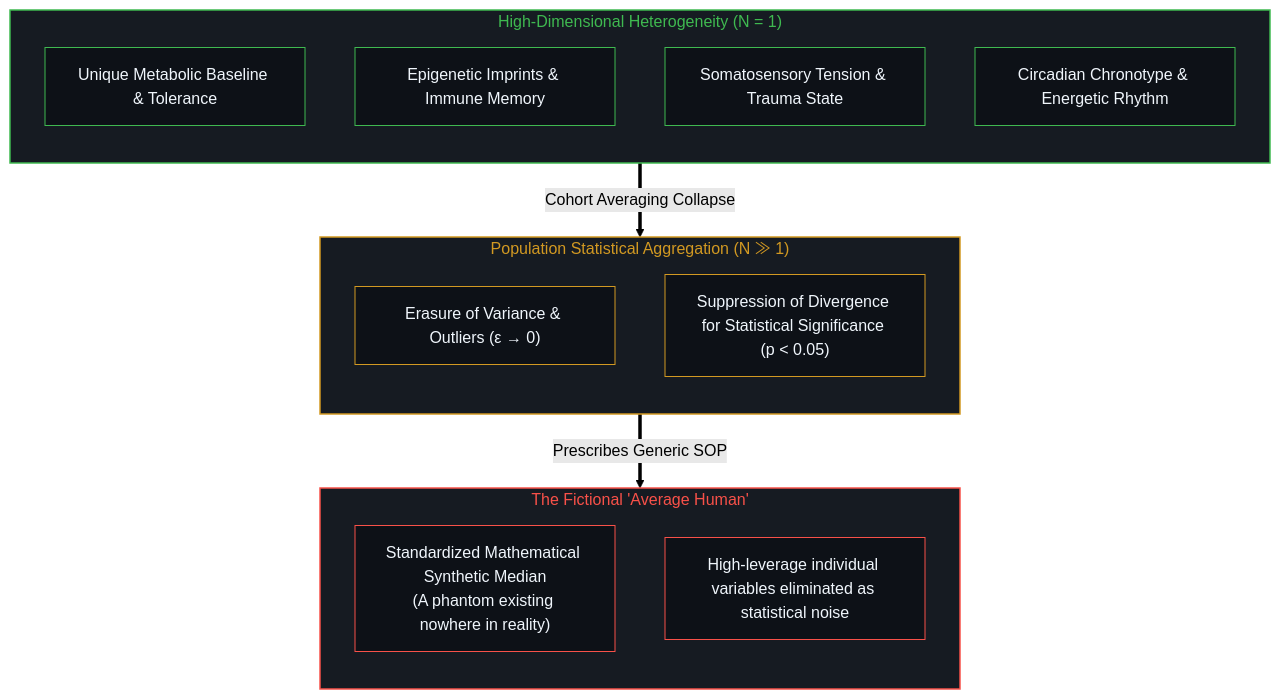
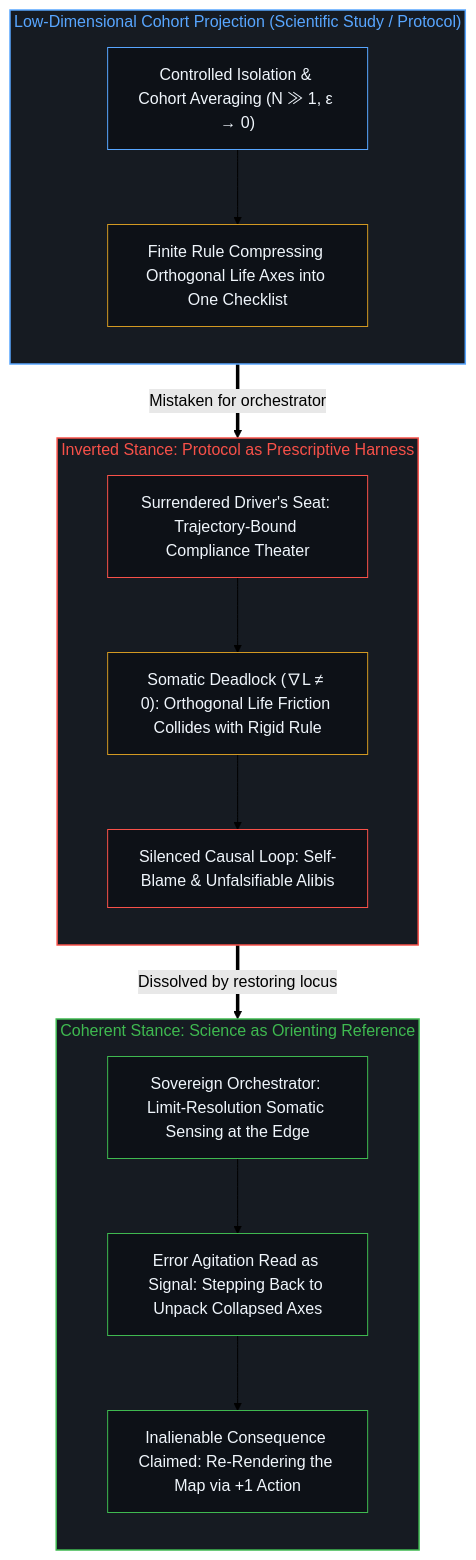
Before and after one commit to powerpig99/not-a-toe: the second of 2 diagrams in content/posts/the-inversion-of-the-protocol-and-the-silencing-of-the-causal-loop.md, drawn with Mermaid (forest theme). The commit also changed other lines of this file and 1 other file, not shown here.

Commit message:
Refine the-inversion-of-the-protocol-and-the-silencing-of-the-causal-loop (Wave 3 L2 #129)

````diff
--- a/content/posts/the-inversion-of-the-protocol-and-the-silencing-of-the-causal-loop.md
+++ b/content/posts/the-inversion-of-the-protocol-and-the-silencing-of-the-causal-loop.md
@@ -155,37 +94,40 @@
 ```mermaid
-graph TD
-    subgraph S_Individual["High-Dimensional Heterogeneity (N = 1)"]
+flowchart TD
+    subgraph S_Proj["Low-Dimensional Cohort Projection (Scientific Study / Protocol)"]
         direction TB
-        I1["Unique Metabolic Baseline & Tolerance"]
-        I2["Epigenetic Imprints & Immune Memory"]
-        I3["Somatosensory Tension & Trauma State"]
-        I4["Circadian Chronotype & Energetic Rhythm"]
+        P1["Controlled Isolation & Cohort Averaging (N ≫ 1, ε → 0)"]
+        P2["Finite Rule Compressing Orthogonal Life Axes into One Checklist"]
+        P1 --> P2
     end
 
-    subgraph S_Aggregation["Population Statistical Aggregation (N ≫ 1)"]
+    subgraph S_Inversion["Inverted Stance: Protocol as Prescriptive Harness"]
         direction TB
-        AG1["Erasure of Variance & Outliers (ε → 0)"]
-        AG2["Suppression of Divergence for Statistical Significance (p < 0.05)"]
+        I1["Surrendered Driver's Seat: Trajectory-Bound Compliance Theater"]
+        I2["Somatic Deadlock (∇L ≠ 0): Orthogonal Life Friction Collides with Rigid Rule"]
+        I3["Silenced Causal Loop: Self-Blame & Unfalsifiable Alibis"]
+        I1 --> I2 --> I3
     end
 
-    subgraph S_Fictional["The Fictional 'Average Human'"]
+    subgraph S_Coherent["Coherent Stance: Science as Orienting Reference"]
         direction TB
-        F1["Standardized Mathematical Synthetic Median<br/>(A phantom existing nowhere in reality)"]
-        F2["High-leverage individual variables eliminated as statistical noise"]
+        C1["Sovereign Orchestrator: Limit-Resolution Somatic Sensing at the Edge"]
+        C2["Error Agitation Read as Signal: Stepping Back to Unpack Collapsed Axes"]
+        C3["Inalienable Consequence Claimed: Re-Rendering the Map via +1 Action"]
+        C1 --> C2 --> C3
     end
 
-    S_Individual ==>|"Cohort Averaging Collapse"| S_Aggregation
-    S_Aggregation ==>|"Prescribes Generic SOP"| S_Fictional
+    P2 ==>|"Mistaken for orchestrator"| I1
+    I3 ==>|"Dissolved by restoring locus"| C1
 
-    style S_Individual fill:#161b22,stroke:#3fb950,stroke-width:1.5px,color:#3fb950
-    style S_Aggregation fill:#161b22,stroke:#d29922,stroke-width:1.5px,color:#d29922
-    style S_Fictional fill:#161b22,stroke:#f85149,stroke-width:1.5px,color:#f85149
-    style I1 fill:#0d1117,stroke:#3fb950,stroke-width:1px,color:#f0f6fc
-    style I2 fill:#0d1117,stroke:#3fb950,stroke-width:1px,color:#f0f6fc
-    style I3 fill:#0d1117,stroke:#3fb950,stroke-width:1px,color:#f0f6fc
-    style I4 fill:#0d1117,stroke:#3fb950,stroke-width:1px,color:#f0f6fc
-    style AG1 fill:#0d1117,stroke:#d29922,stroke-width:1px,color:#f0f6fc
-    style AG2 fill:#0d1117,stroke:#d29922,stroke-width:1px,color:#f0f6fc
-    style F1 fill:#0d1117,stroke:#f85149,stroke-width:1px,color:#f0f6fc
-    style F2 fill:#0d1117,stroke:#f85149,stroke-width:1px,color:#f0f6fc
+    style S_Proj fill:#161b22,stroke:#58a6ff,stroke-width:1.5px,color:#58a6ff
+    style S_Inversion fill:#161b22,stroke:#f85149,stroke-width:1.5px,color:#f85149
+    style S_Coherent fill:#161b22,stroke:#3fb950,stroke-width:1.5px,color:#3fb950
+    style P1 fill:#0d1117,stroke:#58a6ff,stroke-width:1px,color:#f0f6fc
+    style P2 fill:#0d1117,stroke:#d29922,stroke-width:1px,color:#f0f6fc
+    style I1 fill:#0d1117,stroke:#f85149,stroke-width:1px,color:#f0f6fc
+    style I2 fill:#0d1117,stroke:#d29922,stroke-width:1px,color:#f0f6fc
+    style I3 fill:#0d1117,stroke:#f85149,stroke-width:1px,color:#f0f6fc
+    style C1 fill:#0d1117,stroke:#3fb950,stroke-width:1px,color:#f0f6fc
+    style C2 fill:#0d1117,stroke:#3fb950,stroke-width:1px,color:#f0f6fc
+    style C3 fill:#0d1117,stroke:#3fb950,stroke-width:1px,color:#f0f6fc
 ```
````
